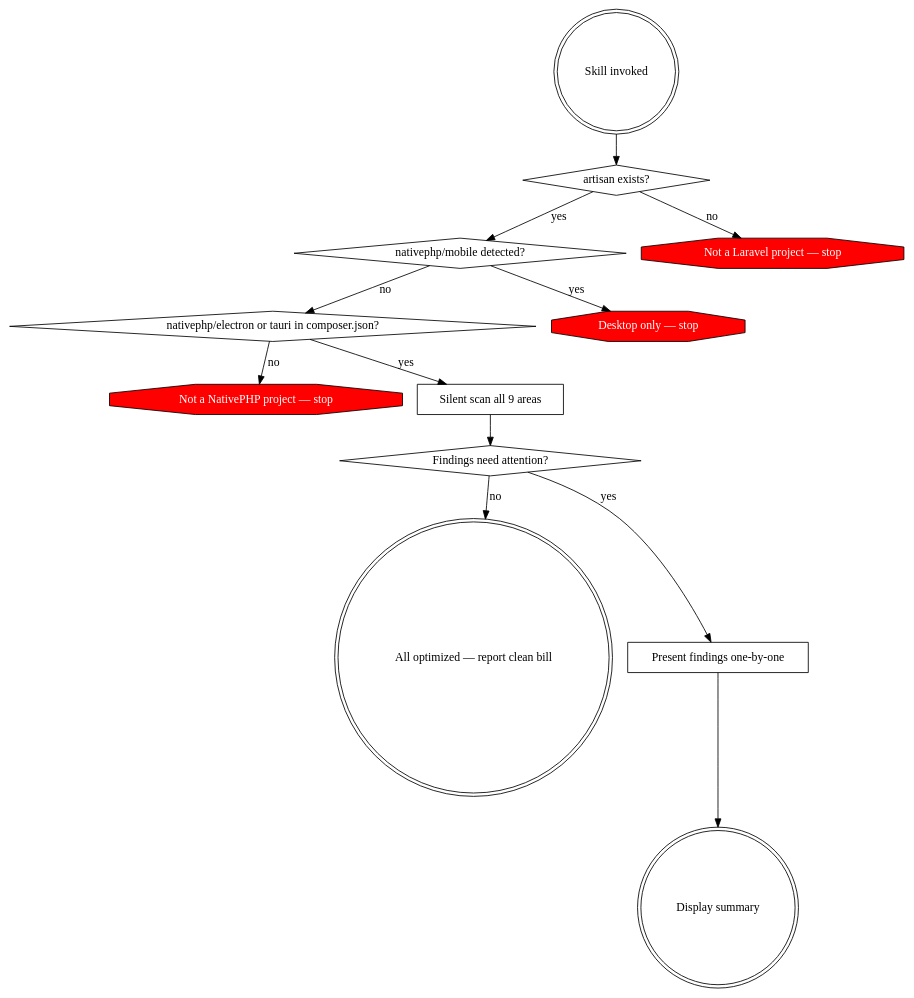
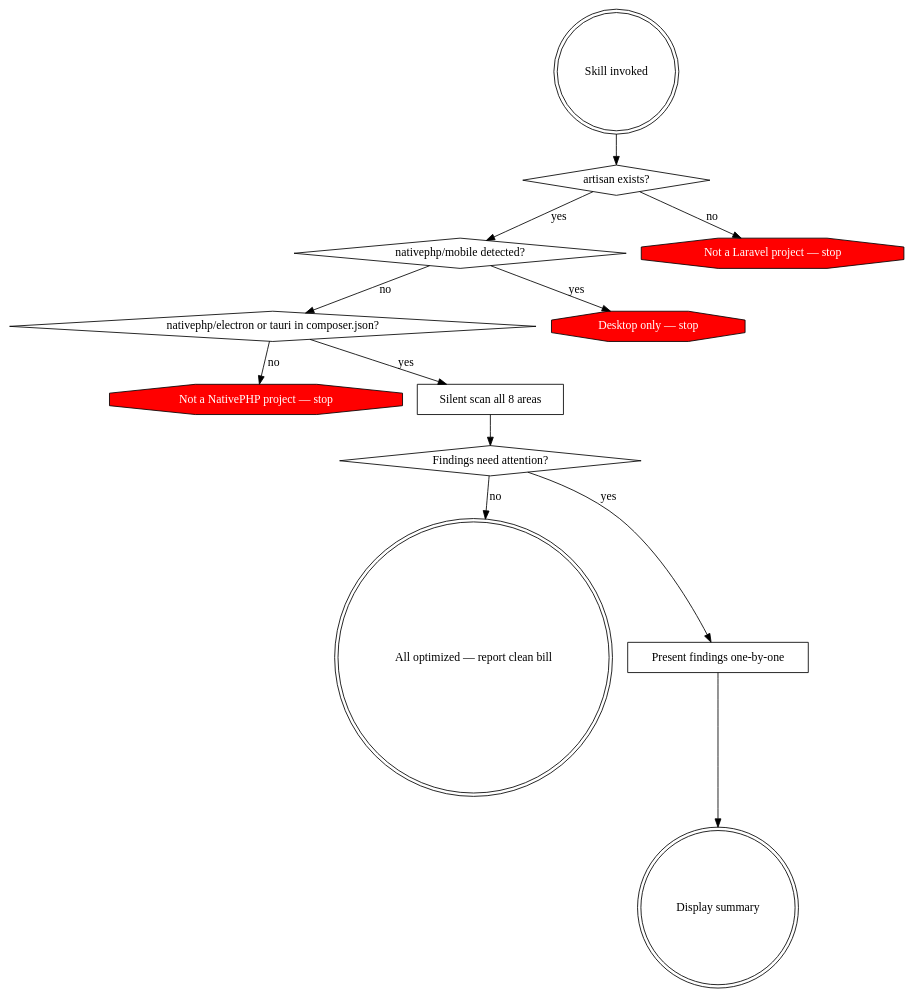
The diagram in nativephp-audit/SKILL.md (DoktorDaveJoos/nativephp-skills), drawn with Graphviz before and after one commit. The commit also changed other lines of this file and 2 other files, not shown here.

Commit message:
fix: remove Octane (incompatible with NativePHP), update Loading Page rationale
Laravel Octane requires Swoole/RoadRunner/FrankenPHP but NativePHP uses
php -S (built-in server) — fundamentally incompatible. Removed from both
skills and README (9 areas → 8).

Loading Page reframed: NativePHP creates BrowserWindow with show:false and
waits for did-finish-load — no blank screen, but no visible window during
startup either. A lightweight /loading route reduces perceived startup time.

````diff
--- a/nativephp-audit/SKILL.md
+++ b/nativephp-audit/SKILL.md
@@ -14,28 +14,28 @@
 ```dot
 digraph audit_flow {
     "Skill invoked" [shape=doublecircle];
     "artisan exists?" [shape=diamond];
     "nativephp/mobile detected?" [shape=diamond];
     "nativephp/electron or tauri in composer.json?" [shape=diamond];
     "Not a Laravel project — stop" [shape=octagon, style=filled, fillcolor=red, fontcolor=white];
     "Desktop only — stop" [shape=octagon, style=filled, fillcolor=red, fontcolor=white];
     "Not a NativePHP project — stop" [shape=octagon, style=filled, fillcolor=red, fontcolor=white];
-    "Silent scan all 9 areas" [shape=box];
+    "Silent scan all 8 areas" [shape=box];
     "Findings need attention?" [shape=diamond];
     "All optimized — report clean bill" [shape=doublecircle];
     "Present findings one-by-one" [shape=box];
     "Display summary" [shape=doublecircle];
 
     "Skill invoked" -> "artisan exists?";
     "artisan exists?" -> "Not a Laravel project — stop" [label="no"];
     "artisan exists?" -> "nativephp/mobile detected?" [label="yes"];
     "nativephp/mobile detected?" -> "Desktop only — stop" [label="yes"];
     "nativephp/mobile detected?" -> "nativephp/electron or tauri in composer.json?" [label="no"];
     "nativephp/electron or tauri in composer.json?" -> "Not a NativePHP project — stop" [label="no"];
-    "nativephp/electron or tauri in composer.json?" -> "Silent scan all 9 areas" [label="yes"];
-    "Silent scan all 9 areas" -> "Findings need attention?";
+    "nativephp/electron or tauri in composer.json?" -> "Silent scan all 8 areas" [label="yes"];
+    "Silent scan all 8 areas" -> "Findings need attention?";
     "Findings need attention?" -> "All optimized — report clean bill" [label="no"];
     "Findings need attention?" -> "Present findings one-by-one" [label="yes"];
     "Present findings one-by-one" -> "Display summary";
 }
 ```
````
